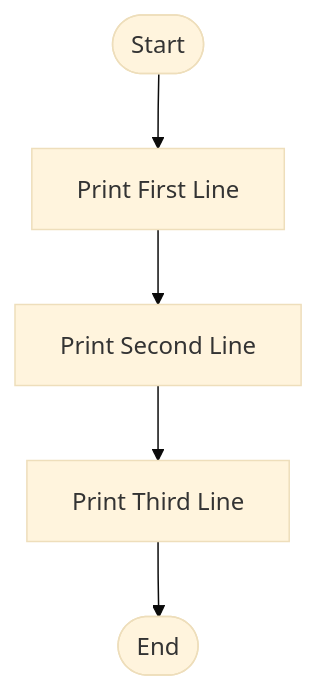
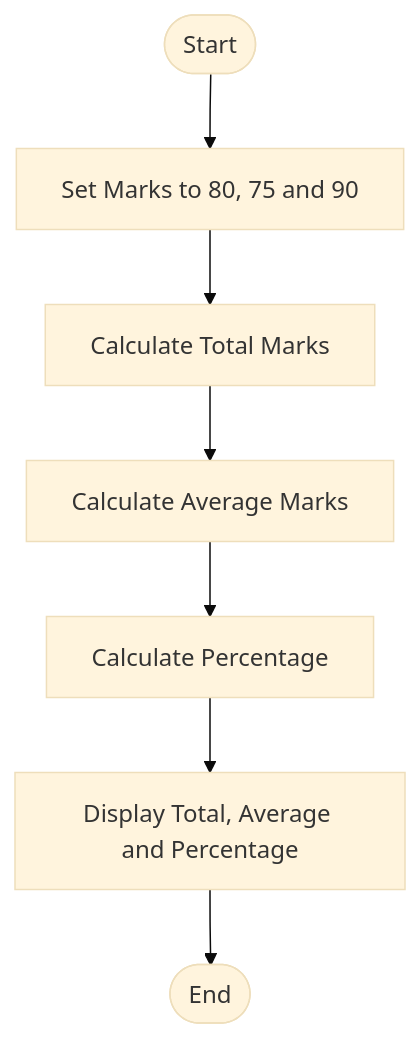
One commit to tonmoy222/C-programming-lab-work-Batch-34 changed the fourth of 4 diagrams in Lab-01-Basic-C-Programming/README.md. Above: the diagram before and after it, drawn with Mermaid (base theme). The commit also changed other lines of this file, not shown here.

````diff
--- a/Lab-01-Basic-C-Programming/README.md
+++ b/Lab-01-Basic-C-Programming/README.md
@@ -66,7 +113,9 @@
 ```mermaid
 flowchart TD
-    A([Start]) --> B[Print First Line]
-    B --> C[Print Second Line]
-    C --> D[Print Third Line]
-    D --> E([End])
+    A([Start]) --> B["Set Marks to 80, 75 and 90"]
+    B --> C["Calculate Total Marks"]
+    C --> D["Calculate Average Marks"]
+    D --> E["Calculate Percentage"]
+    E --> F["Display Total, Average and Percentage"]
+    F --> G([End])
 ```
````
